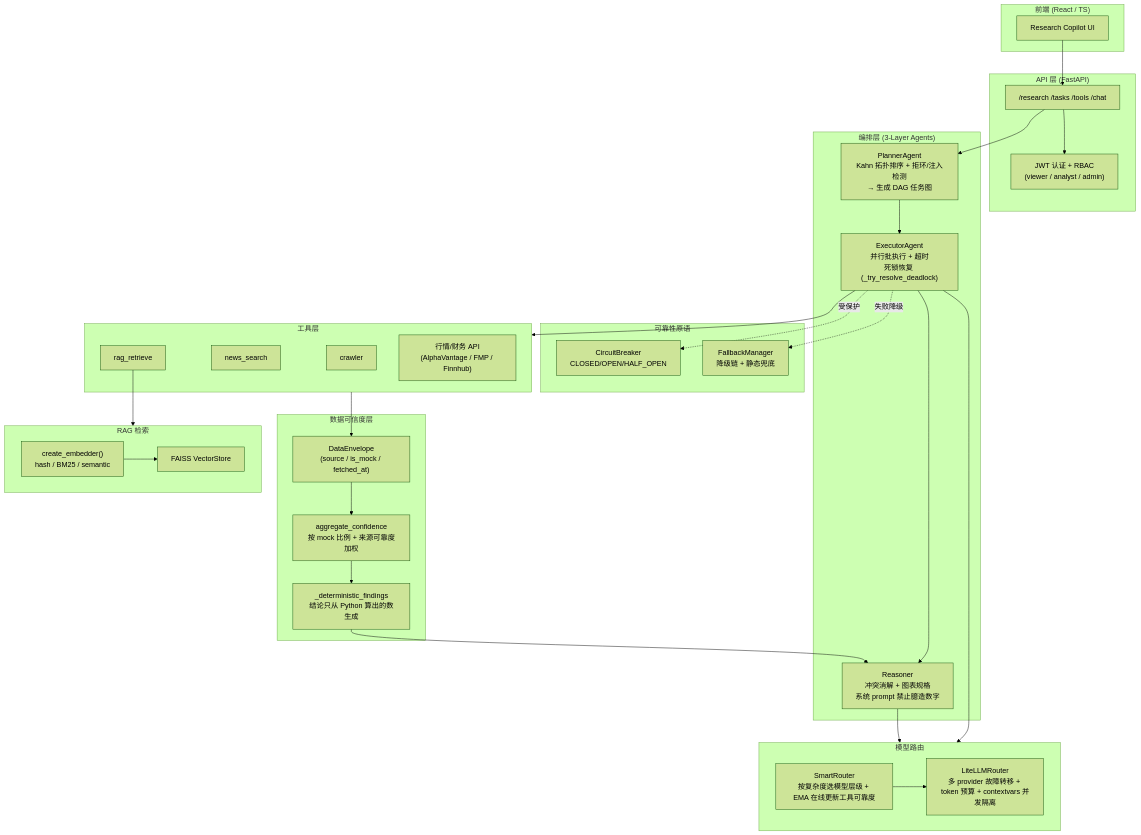
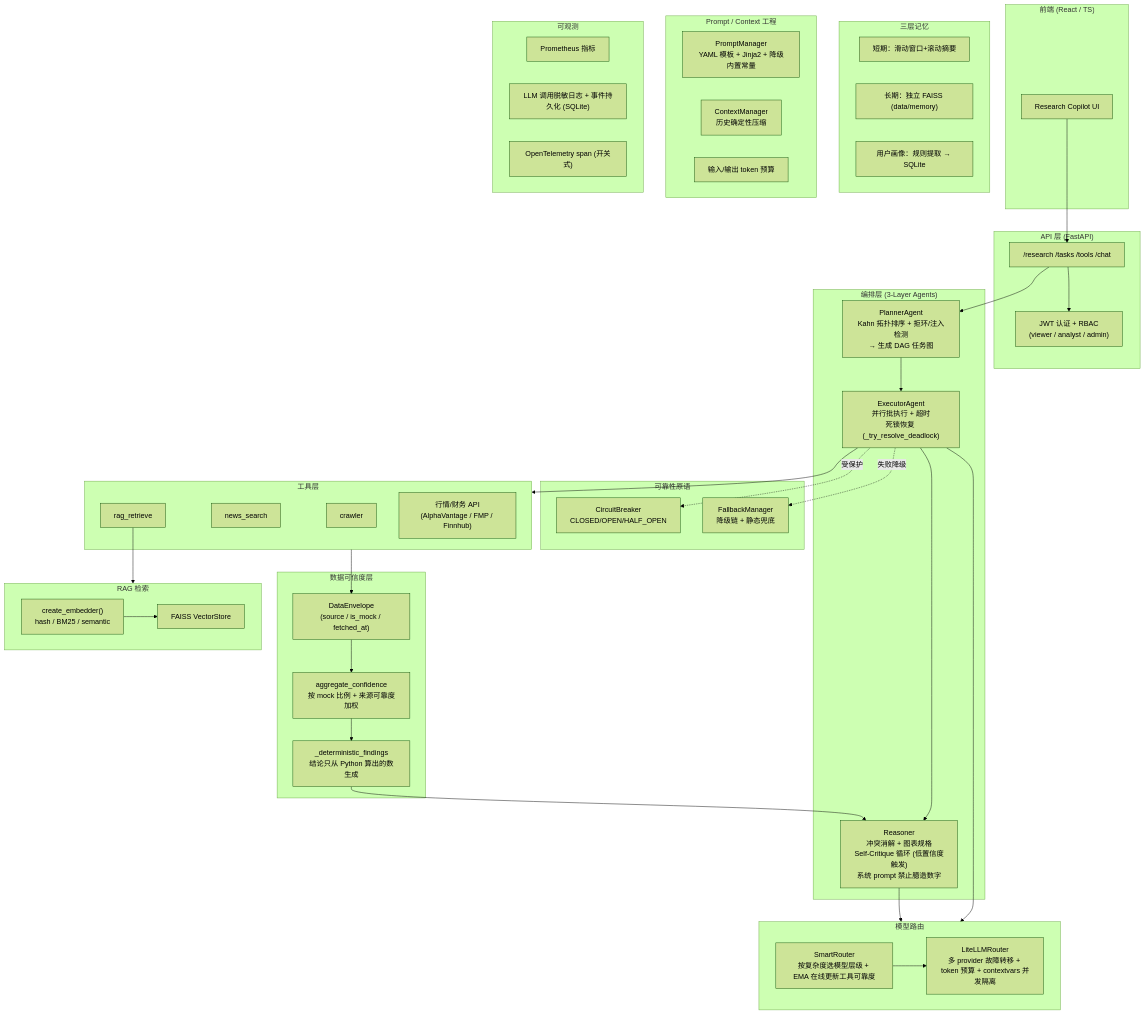
The diagram in DESIGN.md (irvy12321/smart-finance-agent), drawn with Mermaid (forest theme) before and after one commit. The commit also changed other lines of this file and 33 other files, not shown here.

Commit message:
feat: add self-critique, evaluation, memory, prompt/context engineering, observability, RAG rerank/rewrite

````diff
--- a/DESIGN.md
+++ b/DESIGN.md
@@ -7,59 +7,77 @@
 ```mermaid
 flowchart TB
     subgraph Client["前端 (React / TS)"]
         UI[Research Copilot UI]
     end
 
     subgraph API["API 层 (FastAPI)"]
         Auth["JWT 认证 + RBAC<br/>(viewer / analyst / admin)"]
         Routes["/research /tasks /tools /chat"]
     end
 
     subgraph Orchestration["编排层 (3-Layer Agents)"]
         Planner["PlannerAgent<br/>Kahn 拓扑排序 + 拒环/注入检测<br/>→ 生成 DAG 任务图"]
         Executor["ExecutorAgent<br/>并行批执行 + 超时<br/>死锁恢复 (_try_resolve_deadlock)"]
-        Reasoner["Reasoner<br/>冲突消解 + 图表规格<br/>系统 prompt 禁止臆造数字"]
+        Reasoner["Reasoner<br/>冲突消解 + 图表规格<br/>Self-Critique 循环 (低置信度触发)<br/>系统 prompt 禁止臆造数字"]
         Planner --> Executor --> Reasoner
+    end
+
+    subgraph Memory["三层记忆"]
+        STM["短期：滑动窗口+滚动摘要"]
+        LTM["长期：独立 FAISS (data/memory)"]
+        Profile["用户画像：规则提取 → SQLite"]
+    end
+
+    subgraph PromptCtx["Prompt / Context 工程"]
+        PM["PromptManager<br/>YAML 模板 + Jinja2 + 降级内置常量"]
+        CM["ContextManager<br/>历史确定性压缩"]
+        Budget["输入/输出 token 预算"]
+    end
+
+    subgraph Obs["可观测"]
+        Prom["Prometheus 指标"]
+        CallLog["LLM 调用脱敏日志 + 事件持久化 (SQLite)"]
+        Otel["OpenTelemetry span (开关式)"]
     end
 
     subgraph Reliability["可靠性原语"]
         CB["CircuitBreaker<br/>CLOSED/OPEN/HALF_OPEN"]
         FB["FallbackManager<br/>降级链 + 静态兜底"]
     end
 
     subgraph Routing["模型路由"]
         Smart["SmartRouter<br/>按复杂度选模型层级 + EMA 在线更新工具可靠度"]
         LiteLLM["LiteLLMRouter<br/>多 provider 故障转移 + token 预算 + contextvars 并发隔离"]
         Smart --> LiteLLM
     end
 
     subgraph Tools["工具层"]
         Crawler[crawler]
         News[news_search]
         RAGTool[rag_retrieve]
         Market["行情/财务 API<br/>(AlphaVantage / FMP / Finnhub)"]
     end
 
     subgraph Data["数据可信度层"]
         Envelope["DataEnvelope<br/>(source / is_mock / fetched_at)"]
         Conf["aggregate_confidence<br/>按 mock 比例 + 来源可靠度加权"]
         Findings["_deterministic_findings<br/>结论只从 Python 算出的数生成"]
     end
 
     subgraph RAG["RAG 检索"]
         Embed["create_embedder()<br/>hash / BM25 / semantic"]
         FAISS["FAISS VectorStore"]
         Embed --> FAISS
     end
 
     UI --> Routes --> Auth
     Routes --> Planner
     Executor --> Tools
     Executor -. 受保护 .-> CB
     Executor -. 失败降级 .-> FB
     Executor --> Routing
     Reasoner --> Routing
     Tools --> Envelope --> Conf --> Findings
     RAGTool --> RAG
     Findings --> Reasoner
 ```
````
